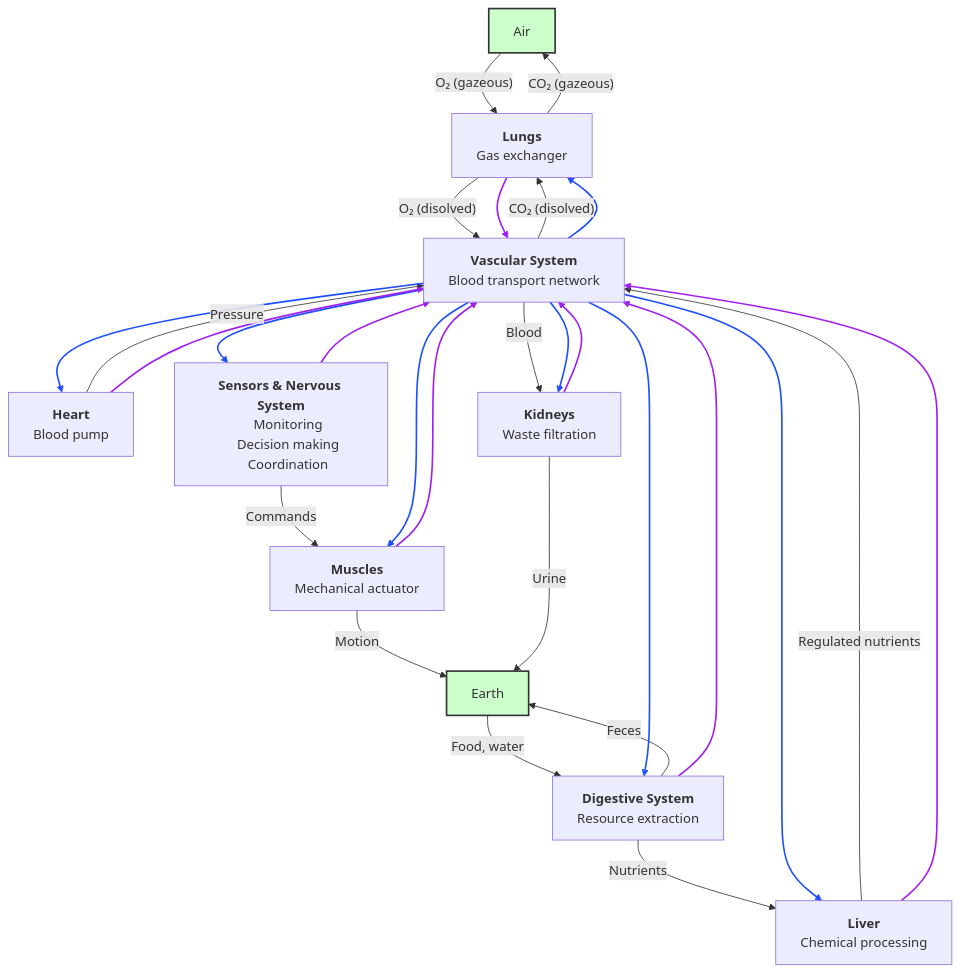
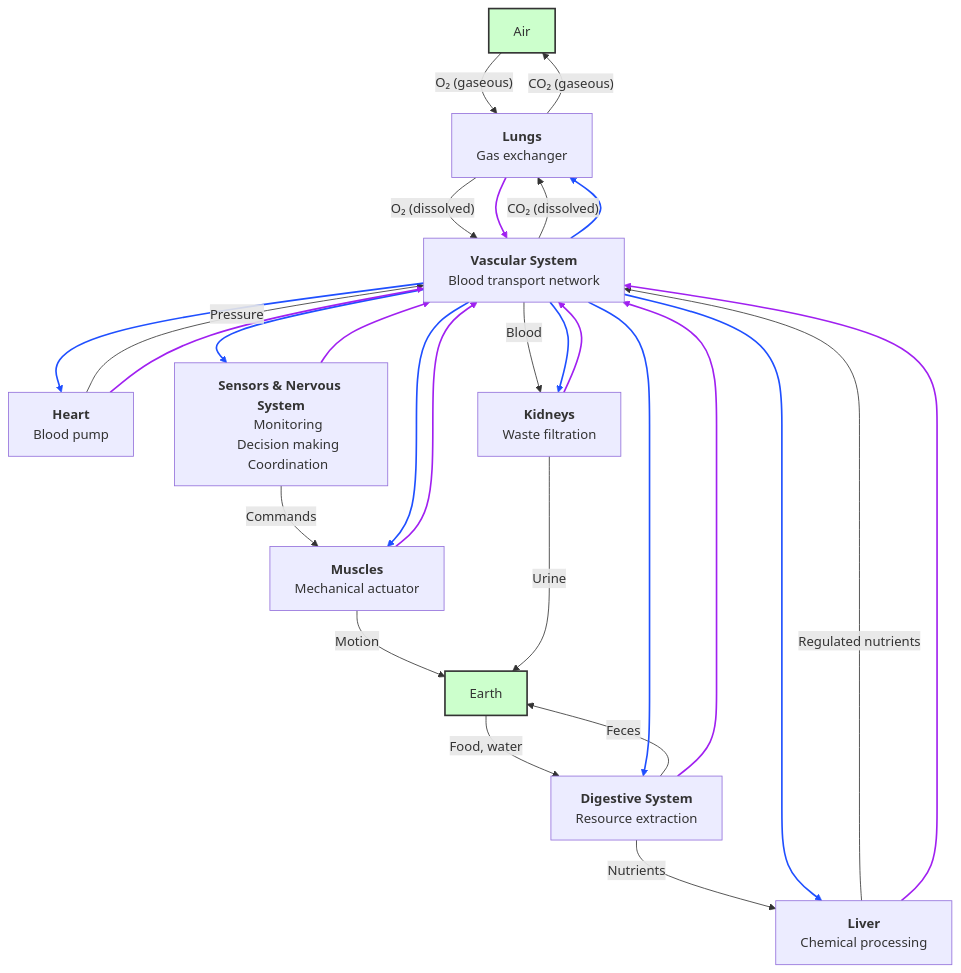
The first of 3 diagrams in _posts/2026-05-29-why-are-we-sick.markdown (sylllp/sylllp.github.io), drawn with Mermaid before and after one commit. The commit also changed other lines of this file, not shown here.

```diff
--- a/_posts/2026-05-29-why-are-we-sick.markdown
+++ b/_posts/2026-05-29-why-are-we-sick.markdown
@@ -84,12 +84,12 @@
     %% =====================
     %% FLOWS
     Heart--Pressure-->Blood
-    Air --O₂ (gazeous)--> Lungs
-    Lungs --CO₂ (gazeous)--> Air
+    Air --O₂ (gaseous)--> Lungs
+    Lungs --CO₂ (gaseous)--> Air
     Food --Food, water--> Digest
     Digest --Feces--> Food
-    Lungs --O₂ (disolved)--> Blood
-    Blood --CO₂ (disolved)--> Lungs
+    Lungs --O₂ (dissolved)--> Blood
+    Blood --CO₂ (dissolved)--> Lungs
     Digest -->|Nutrients| Liver
     Liver--Regulated nutrients-->Blood
     Blood --> Brain
```
